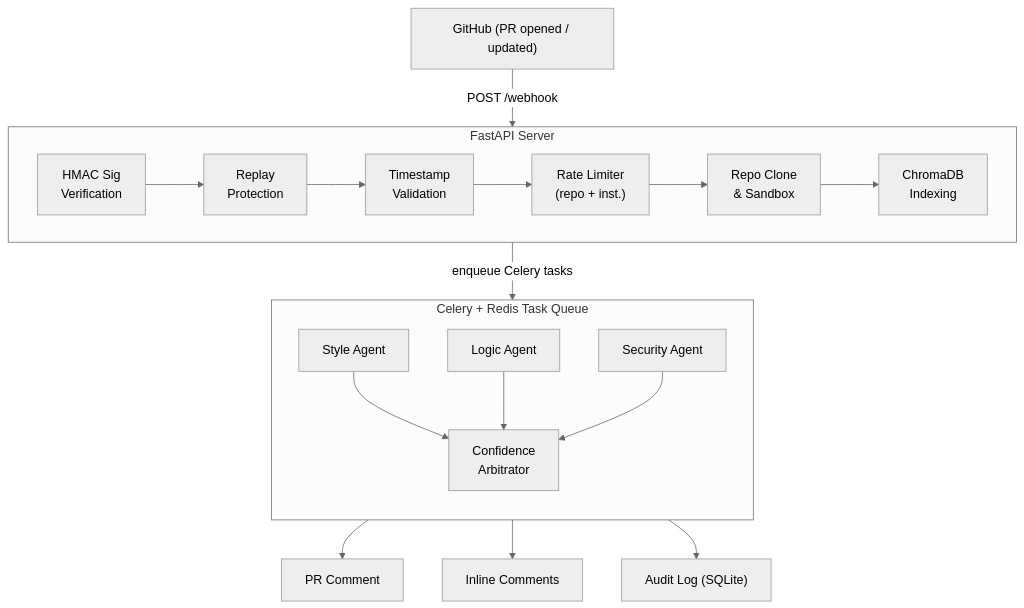
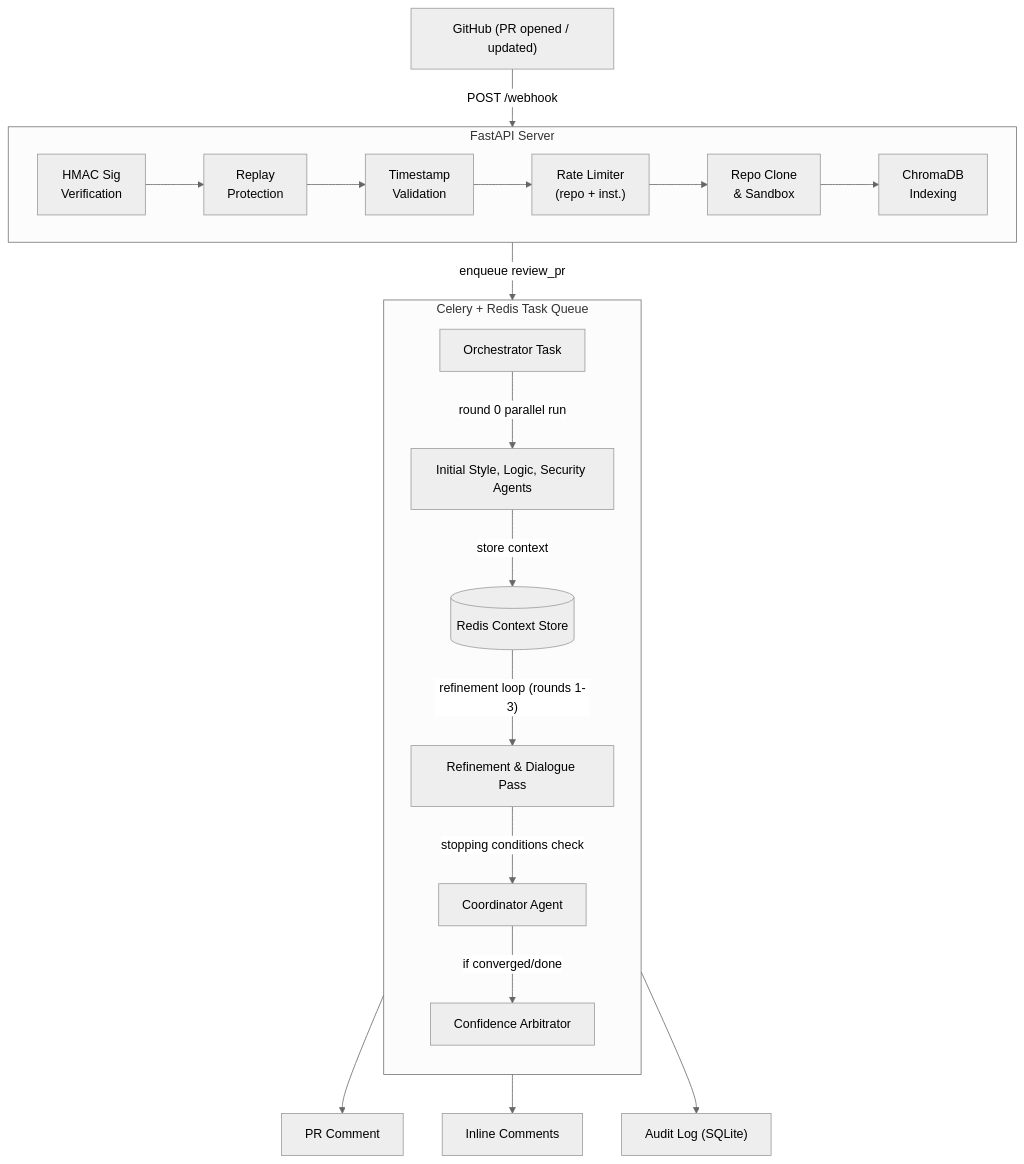
Before and after one commit to purvanshh/PRGuard-AI: the diagram in README.md, drawn with Mermaid (neutral theme). The commit also changed other lines of this file, not shown here.

Commit message:
Update README.md with iterative dialogue and debate architecture

````diff
--- a/README.md
+++ b/README.md
@@ -24,26 +24,29 @@
 ```mermaid
 flowchart TD
     GH["GitHub (PR opened / updated)"]
     GH -->|"POST /webhook"| FW
 
     subgraph FW["FastAPI Server"]
         direction LR
         HMAC["HMAC Sig\nVerification"] --> REPLAY["Replay\nProtection"]
         REPLAY --> TS["Timestamp\nValidation"]
         TS --> RL["Rate Limiter\n(repo + inst.)"]
         RL --> CLONE["Repo Clone\n& Sandbox"]
         CLONE --> IDX["ChromaDB\nIndexing"]
     end
 
-    FW -->|"enqueue Celery tasks"| CQ
+    FW -->|"enqueue review_pr"| CQ
 
     subgraph CQ["Celery + Redis Task Queue"]
         direction TB
-        SA["Style Agent"] & LA["Logic Agent"] & SEC["Security Agent"]
-        SA & LA & SEC --> ARB["Confidence\nArbitrator"]
+        ORCH["Orchestrator Task"] -->|"round 0 parallel run"| INIT["Initial Style, Logic, Security Agents"]
+        INIT -->|"store context"| REDIS[("Redis Context Store")]
+        REDIS -->|"refinement loop (rounds 1-3)"| REF["Refinement & Dialogue Pass"]
+        REF -->|"stopping conditions check"| COORD["Coordinator Agent"]
+        COORD -->|"if converged/done"| ARB["Confidence Arbitrator"]
     end
 
     ARB --> C1["PR Comment"]
     ARB --> C2["Inline Comments"]
     ARB --> C3["Audit Log (SQLite)"]
 ```
````
